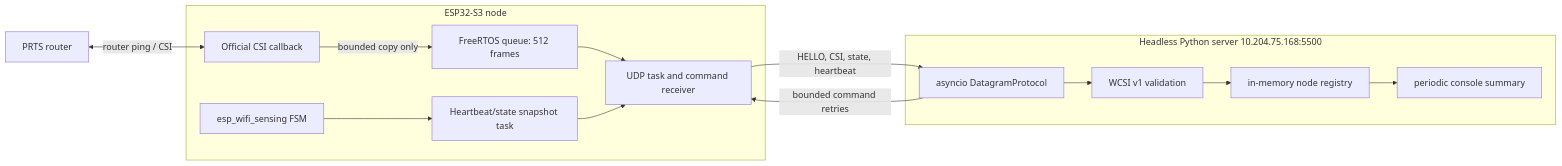
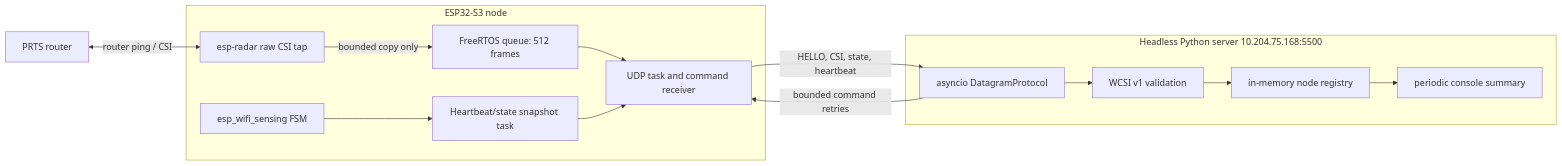
The diagram in docs/superpowers/specs/2026-08-16-wifi-csi-target1-stage2-node-server-design.md (483170596/wificsi), drawn with Mermaid before and after one commit. The commit also changed other lines of this file and 1 other file, not shown here.

````diff
--- a/docs/superpowers/specs/2026-08-16-wifi-csi-target1-stage2-node-server-design.md
+++ b/docs/superpowers/specs/2026-08-16-wifi-csi-target1-stage2-node-server-design.md
@@ -43,26 +43,26 @@
 ```mermaid
 flowchart LR
     AP["PRTS router"]
 
     subgraph Node["ESP32-S3 node"]
-        RX["Official CSI callback"]
+        RX["esp-radar raw CSI tap"]
         FSM["esp_wifi_sensing FSM"]
         Q["FreeRTOS queue: 512 frames"]
         TX["UDP task and command receiver"]
         HB["Heartbeat/state snapshot task"]
         RX -->|"bounded copy only"| Q --> TX
         FSM --> HB --> TX
     end
 
     subgraph Server["Headless Python server 10.204.75.168:5500"]
         UDP["asyncio DatagramProtocol"]
         Codec["WCSI v1 validation"]
         Registry["in-memory node registry"]
         CLI["periodic console summary"]
         UDP --> Codec --> Registry --> CLI
     end
 
     AP <-->|"router ping / CSI"| RX
     TX -->|"HELLO, CSI, state, heartbeat"| UDP
     UDP -->|"bounded command retries"| TX
 ```
````
